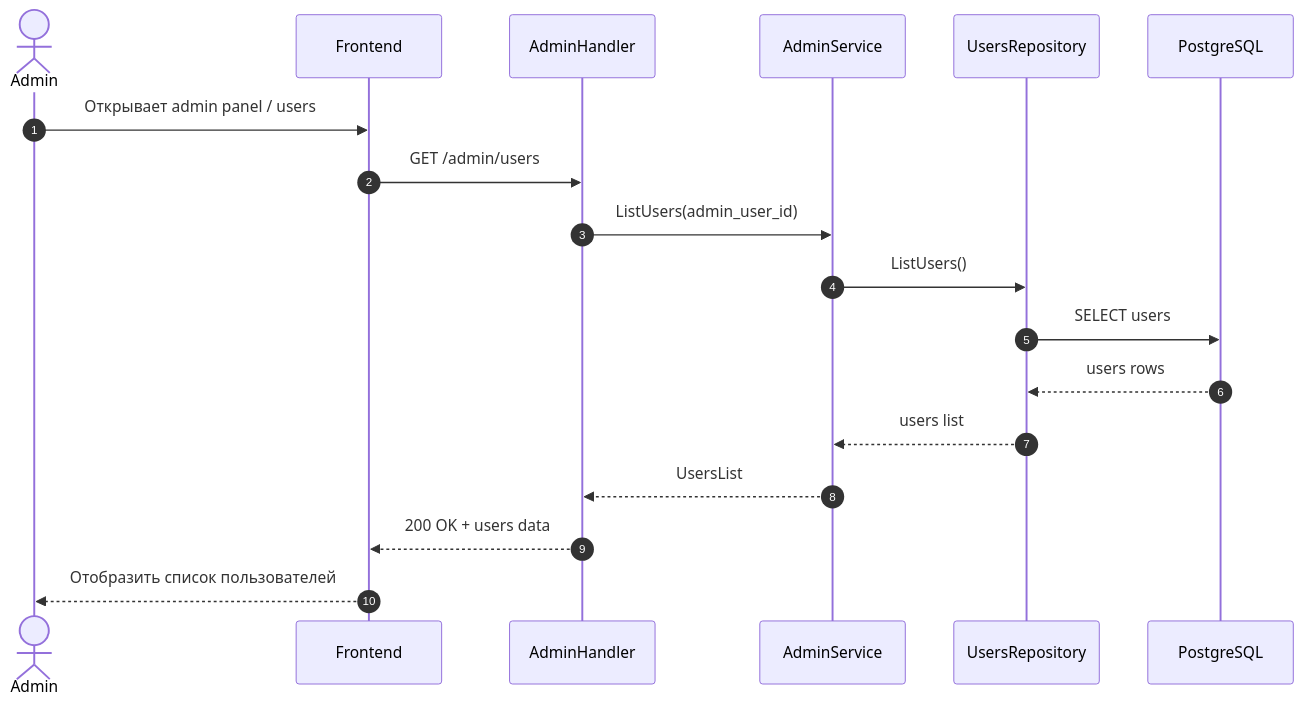
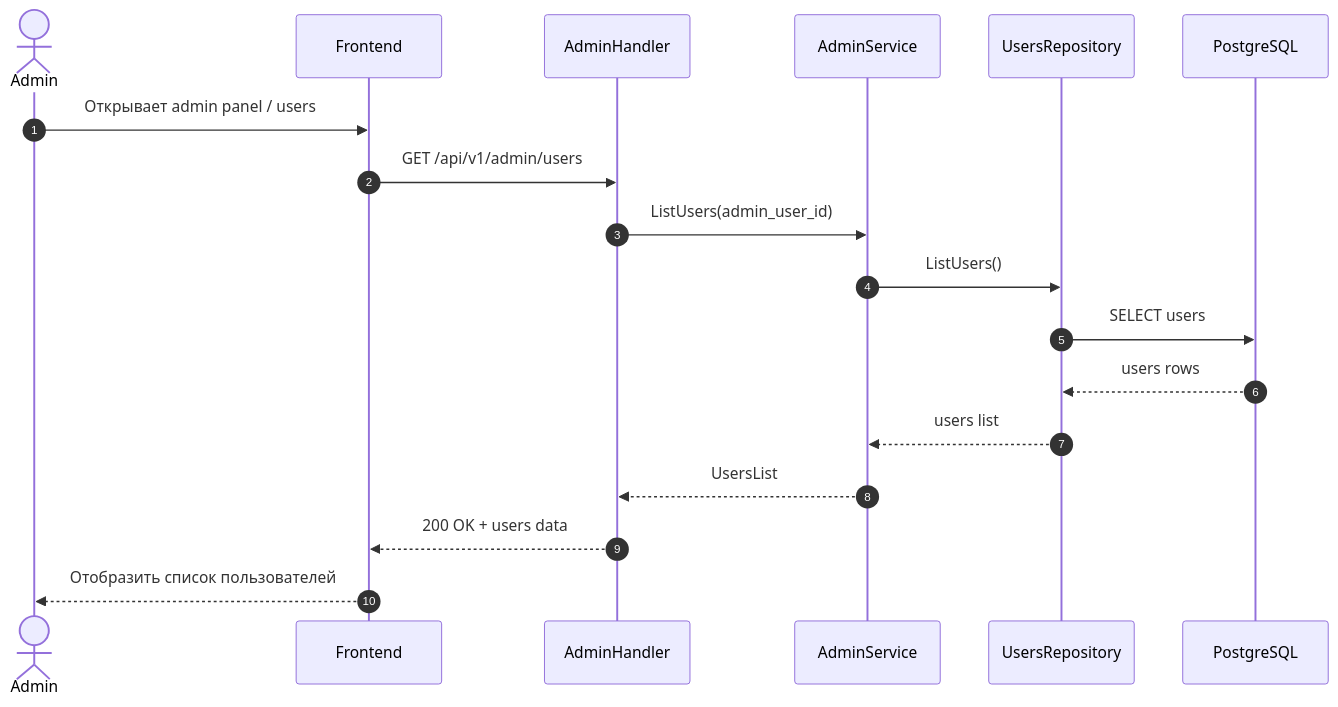
Before and after one commit to k3llone/TrackLink: the diagram in docs/Sequence/SD-27.md, drawn with Mermaid. The commit also changed other lines of this file and 33 other files, not shown here.

````diff
--- a/docs/Sequence/SD-27.md
+++ b/docs/Sequence/SD-27.md
@@ -3,25 +5,25 @@
 ```mermaid
 sequenceDiagram
     autonumber
 
     actor Admin
     participant FE as Frontend
     participant ADH as AdminHandler
     participant ADS as AdminService
     participant UR as UsersRepository
     participant DB as PostgreSQL
 
     Admin->>FE: Открывает admin panel / users
-    FE->>ADH: GET /admin/users
+    FE->>ADH: GET /api/v1/admin/users
 
     ADH->>ADS: ListUsers(admin_user_id)
 
     ADS->>UR: ListUsers()
     UR->>DB: SELECT users
     DB-->>UR: users rows
     UR-->>ADS: users list
 
     ADS-->>ADH: UsersList
     ADH-->>FE: 200 OK + users data
     FE-->>Admin: Отобразить список пользователей
 ```
````
